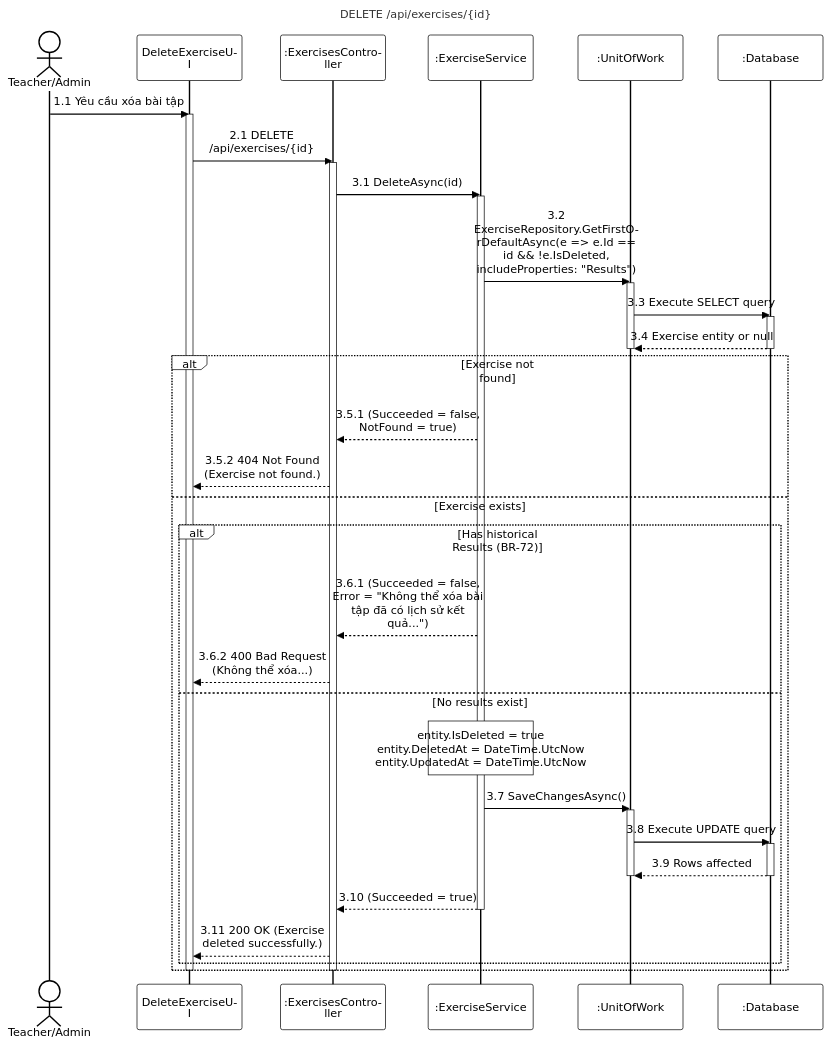
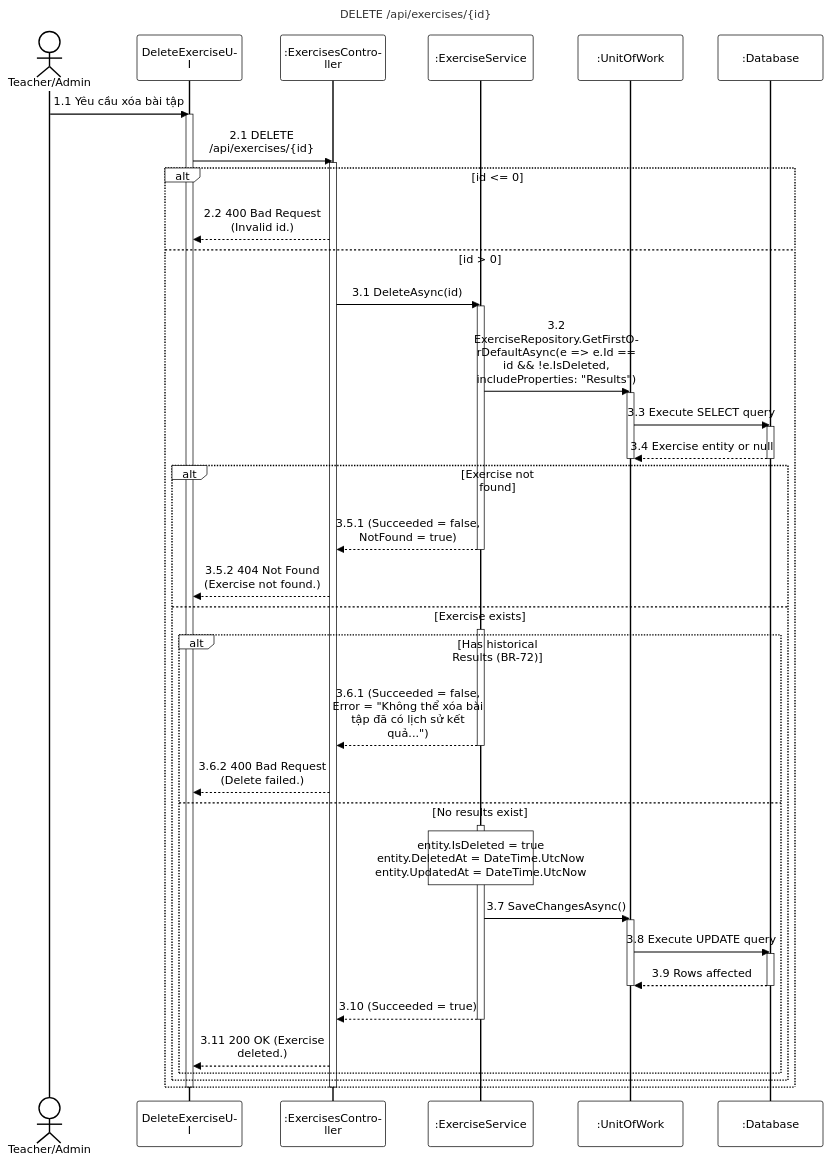
One commit to PhucAnDev/docx-diagram changed the diagram in 05-exercise-question-management/sequence-diagram/apis/delete-exercise.mmd. Above: the diagram before and after it, drawn with Mermaid. The commit also changed 3 other files, not shown here.

Commit message:
fix: update update-exercise.mmd and delete-exercise.mmd with correct validations, error messages, and activations

```diff
--- a/05-exercise-question-management/sequence-diagram/apis/delete-exercise.mmd
+++ b/05-exercise-question-management/sequence-diagram/apis/delete-exercise.mmd
@@ -1,51 +1,59 @@
 %%{init: {'theme':'base', 'themeVariables': {'actorBkg':'#ffffff','actorBorder':'#000000','actorTextColor':'#000000','actorLineColor':'#000000','signalColor':'#000000','signalTextColor':'#000000','labelBoxBkgColor':'#ffffff','labelBoxBorderColor':'#000000','labelTextColor':'#000000','loopTextColor':'#000000','noteBkgColor':'#ffffff','noteBorderColor':'#000000','noteTextColor':'#000000','activationBorderColor':'#000000','activationBkgColor':'#ffffff','sequenceNumberColor':'#000000'}, 'sequence': {'width':150,'height':65,'actorFontSize':16,'messageFontSize':16,'wrap':true,'wrapPadding':10}}}%%
 sequenceDiagram
     title DELETE /api/exercises/{id}
     actor TeacherUser as Teacher/Admin
     participant UI as DeleteExerciseUI
     participant Endpoint as :ExercisesController
     participant Service as :ExerciseService
     participant DB as :UnitOfWork
     participant Database as :Database
 
     TeacherUser->>UI: 1.1 Yêu cầu xóa bài tập
     activate UI
     UI->>Endpoint: 2.1 DELETE /api/exercises/{id}
     activate Endpoint
 
-    Endpoint->>Service: 3.1 DeleteAsync(id)
-    activate Service
+    alt id <= 0
+        Endpoint-->>UI: 2.2 400 Bad Request (Invalid id.)
+    else id > 0
+        Endpoint->>Service: 3.1 DeleteAsync(id)
+        activate Service
 
-    Service->>DB: 3.2 ExerciseRepository.GetFirstOrDefaultAsync(e => e.Id == id && !e.IsDeleted, includeProperties: "Results")
-    activate DB
-    DB->>Database: 3.3 Execute SELECT query
-    activate Database
-    Database-->>DB: 3.4 Exercise entity or null
-    deactivate Database
-    deactivate DB
+        Service->>DB: 3.2 ExerciseRepository.GetFirstOrDefaultAsync(e => e.Id == id && !e.IsDeleted, includeProperties: "Results")
+        activate DB
+        DB->>Database: 3.3 Execute SELECT query
+        activate Database
+        Database-->>DB: 3.4 Exercise entity or null
+        deactivate Database
+        deactivate DB
 
-    alt Exercise not found
-        Service-->>Endpoint: 3.5.1 (Succeeded = false, NotFound = true)
-        Endpoint-->>UI: 3.5.2 404 Not Found (Exercise not found.)
-    else Exercise exists
-        alt Has historical Results (BR-72)
-            Service-->>Endpoint: 3.6.1 (Succeeded = false, Error = "Không thể xóa bài tập đã có lịch sử kết quả...")
-            Endpoint-->>UI: 3.6.2 400 Bad Request (Không thể xóa...)
-        else No results exist
-            note over Service: entity.IsDeleted = true<br/>entity.DeletedAt = DateTime.UtcNow<br/>entity.UpdatedAt = DateTime.UtcNow
+        alt Exercise not found
+            Service-->>Endpoint: 3.5.1 (Succeeded = false, NotFound = true)
+            deactivate Service
+            Endpoint-->>UI: 3.5.2 404 Not Found (Exercise not found.)
+        else Exercise exists
+            activate Service
+            alt Has historical Results (BR-72)
+                Service-->>Endpoint: 3.6.1 (Succeeded = false, Error = "Không thể xóa bài tập đã có lịch sử kết quả...")
+                deactivate Service
+                Endpoint-->>UI: 3.6.2 400 Bad Request (Delete failed.)
+            else No results exist
+                activate Service
+                note over Service: entity.IsDeleted = true<br/>entity.DeletedAt = DateTime.UtcNow<br/>entity.UpdatedAt = DateTime.UtcNow
 
-            Service->>DB: 3.7 SaveChangesAsync()
-            activate DB
-            DB->>Database: 3.8 Execute UPDATE query
-            activate Database
-            Database-->>DB: 3.9 Rows affected
-            deactivate Database
-            deactivate DB
+                Service->>DB: 3.7 SaveChangesAsync()
+                activate DB
+                DB->>Database: 3.8 Execute UPDATE query
+                activate Database
+                Database-->>DB: 3.9 Rows affected
+                deactivate Database
+                deactivate DB
 
-            Service-->>Endpoint: 3.10 (Succeeded = true)
-            deactivate Service
-            Endpoint-->>UI: 3.11 200 OK (Exercise deleted successfully.)
+                Service-->>Endpoint: 3.10 (Succeeded = true)
+                deactivate Service
+                Endpoint-->>UI: 3.11 200 OK (Exercise deleted.)
+            end
         end
     end
     deactivate Endpoint
     deactivate UI
```
